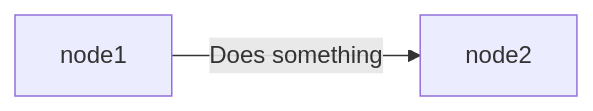
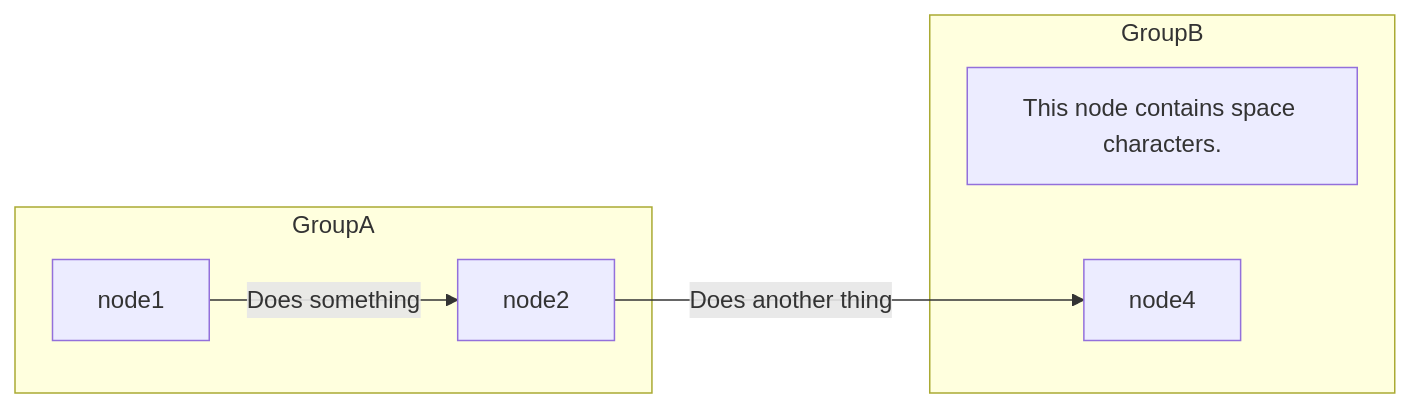
The diagram in README.md (benniii1/Puzzle), drawn with Mermaid before and after one commit. The commit also changed other lines of this file, not shown here.

Commit message:
Adds a more detailed example graph and a link to mermaid docs to the readme file.

````diff
--- a/README.md
+++ b/README.md
@@ -1,15 +5,21 @@
 ```mermaid
 flowchart LR
 %%%%%%%%%%%%%%%%%%%%%%%%%%
 %% Node Description
 %%%%%%%%%%%%%%%%%%%%%%%%%%
-	node1
+subgraph GroupA 
+    node1
 	node2
+end
 
+subgraph GroupB
+    node3[This node contains space characters.]
+	node4
+end
 %%%%%%%%%%%%%%%%%%%%%%%%%%
 %% Node Dependencies
 %%%%%%%%%%%%%%%%%%%%%%%%%%
 
 node1 -->|Does something| node2
-
+node2 -->|Does another thing| node4
 ```
````
